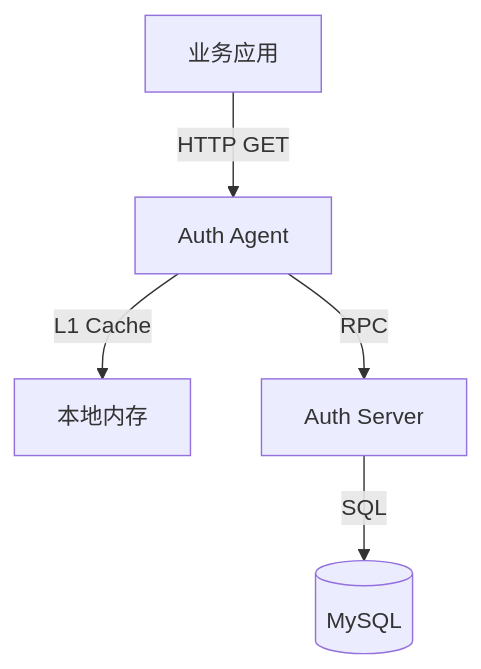
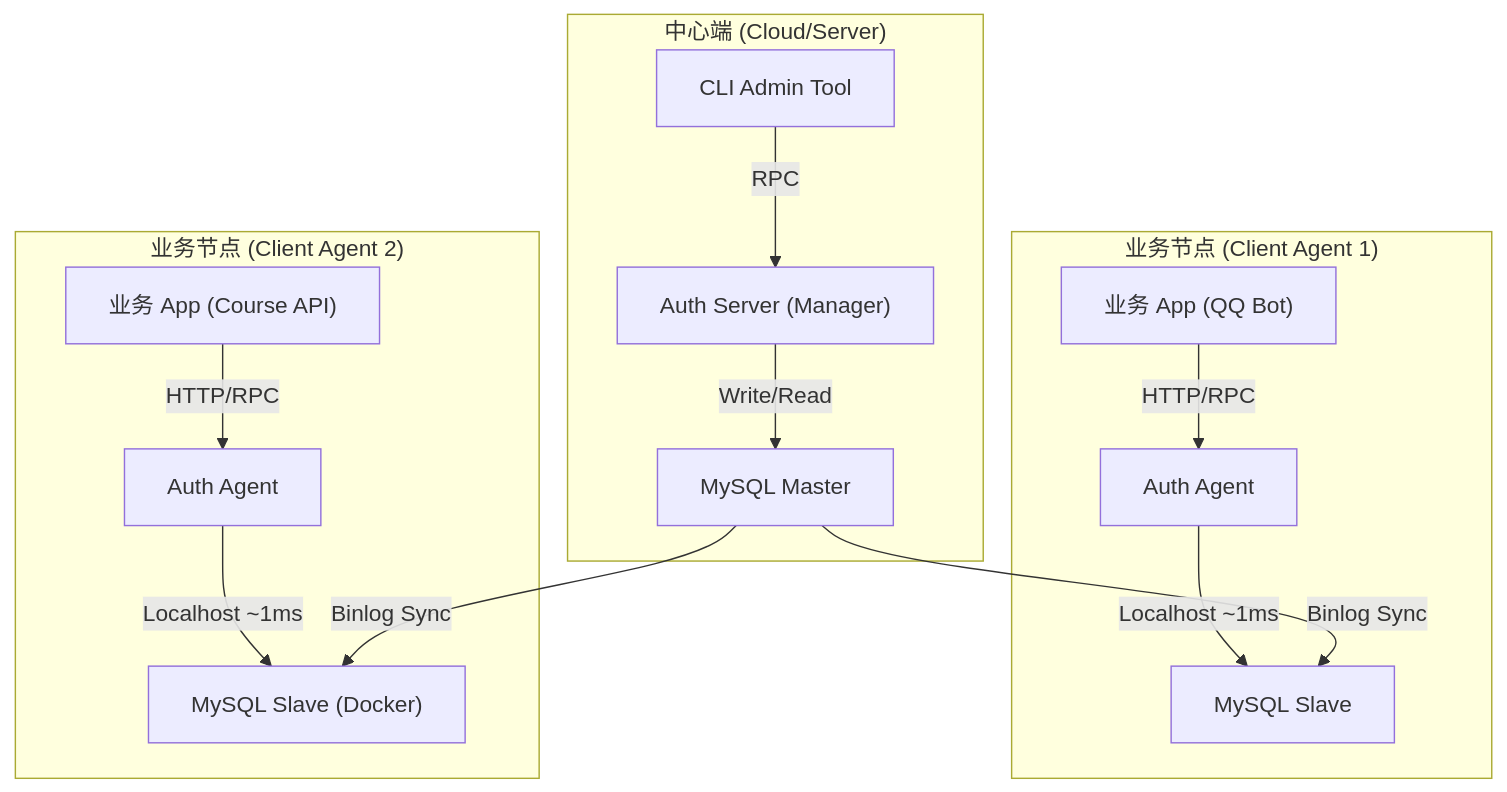
One commit to Justin186/siqi_auth changed the diagram in README.md. Above: the diagram before and after it, drawn with Mermaid. The commit also changed other lines of this file, not shown here.

````diff
--- a/README.md
+++ b/README.md
@@ -154,7 +63,35 @@
 ```mermaid
 graph TD
-  UserApp["业务应用"] -->|HTTP GET| Agent["Auth Agent"]
-  Agent -->|L1 Cache| LocalMem["本地内存"]
-  Agent -->|RPC| Server["Auth Server"]
-  Server -->|SQL| DB[(MySQL)]
+    %% 服务端部分
+    subgraph "中心端 (Cloud/Server)"
+        MasterDB["MySQL Master"]
+        AdminServer["Auth Server (Manager)"]
+        AdminTool["CLI Admin Tool"]
+        
+        AdminTool -->|RPC| AdminServer
+        AdminServer -->|Write/Read| MasterDB
+    end
+
+    %% 业务节点部分
+    subgraph "业务节点 (Client Agent 1)"
+        Agent1["Auth Agent"]
+        SlaveDB1["MySQL Slave"]
+        App1["业务 App (QQ Bot)"]
+
+        App1 -->|HTTP/RPC| Agent1
+        Agent1 -->|Localhost ~1ms| SlaveDB1
+    end
+
+    subgraph "业务节点 (Client Agent 2)"
+        Agent2["Auth Agent"]
+        SlaveDB2["MySQL Slave (Docker)"]
+        App2["业务 App (Course API)"]
+
+        App2 -->|HTTP/RPC| Agent2
+        Agent2 -->|Localhost ~1ms| SlaveDB2
+    end
+
+    %% 同步链路
+    MasterDB -->|Binlog Sync| SlaveDB1
+    MasterDB -->|Binlog Sync| SlaveDB2
 ```
````
